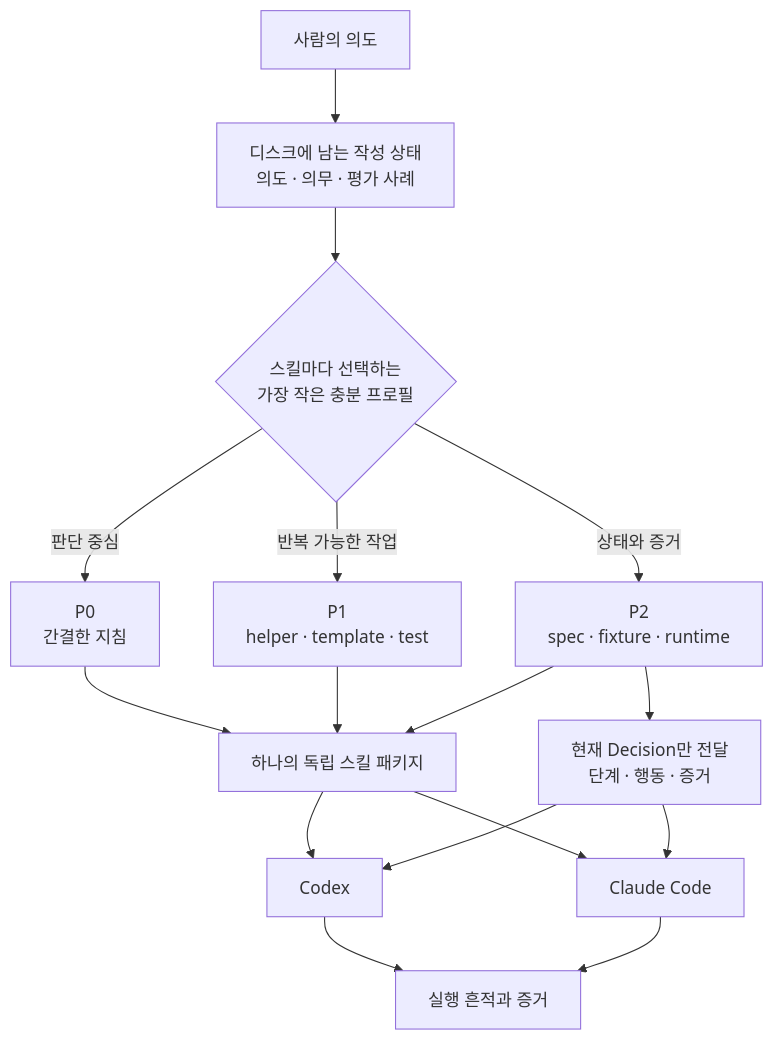
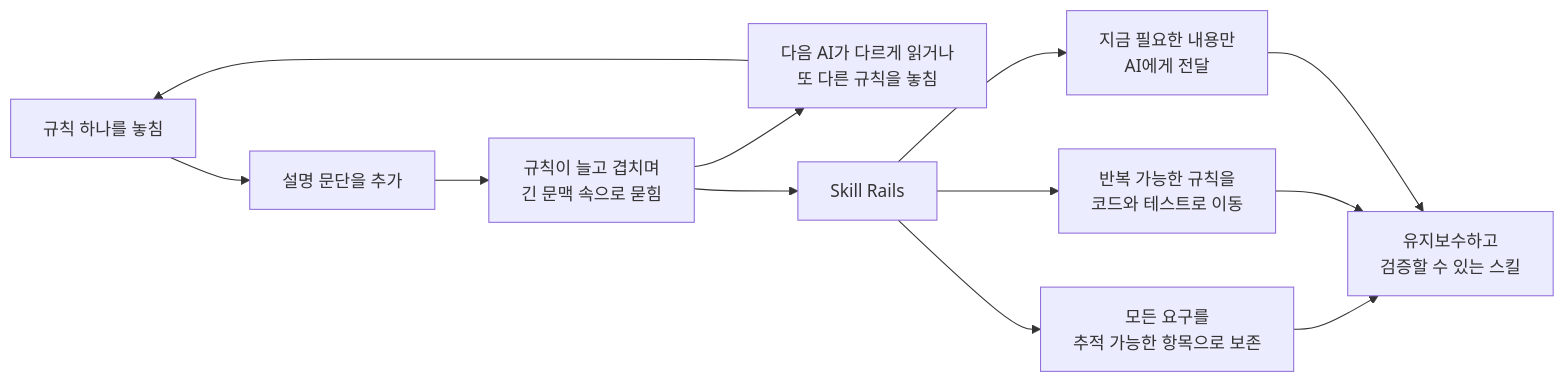
Before and after one commit to nanomia-ai/skill-rails: the diagram in README.ko.md, drawn with Mermaid. The commit also changed other lines of this file and 4 other files, not shown here.

Commit message:
docs: explain the Skill Rails model from first principles

````diff
--- a/README.ko.md
+++ b/README.ko.md
@@ -21,18 +15,14 @@
 ```mermaid
-flowchart TB
-    H["사람의 의도"] --> A["디스크에 남는 작성 상태<br/>의도 · 의무 · 평가 사례"]
-    A --> P{"스킬마다 선택하는<br/>가장 작은 충분 프로필"}
-    P -->|판단 중심| P0["P0<br/>간결한 지침"]
-    P -->|반복 가능한 작업| P1["P1<br/>helper · template · test"]
-    P -->|상태와 증거| P2["P2<br/>spec · fixture · runtime"]
-    P0 --> S["하나의 독립 스킬 패키지"]
-    P1 --> S
-    P2 --> S
-    P2 --> D["현재 Decision만 전달<br/>단계 · 행동 · 증거"]
-    S --> C["Codex"]
-    S --> L["Claude Code"]
-    D --> C
-    D --> L
-    C --> E["실행 흔적과 증거"]
-    L --> E
+flowchart LR
+    A["규칙 하나를 놓침"] --> B["설명 문단을 추가"]
+    B --> C["규칙이 늘고 겹치며<br/>긴 문맥 속으로 묻힘"]
+    C --> D["다음 AI가 다르게 읽거나<br/>또 다른 규칙을 놓침"]
+    D --> A
+    C --> E["Skill Rails"]
+    E --> F["모든 요구를<br/>추적 가능한 항목으로 보존"]
+    E --> G["반복 가능한 규칙을<br/>코드와 테스트로 이동"]
+    E --> H["지금 필요한 내용만<br/>AI에게 전달"]
+    F --> I["유지보수하고<br/>검증할 수 있는 스킬"]
+    G --> I
+    H --> I
 ```
````
